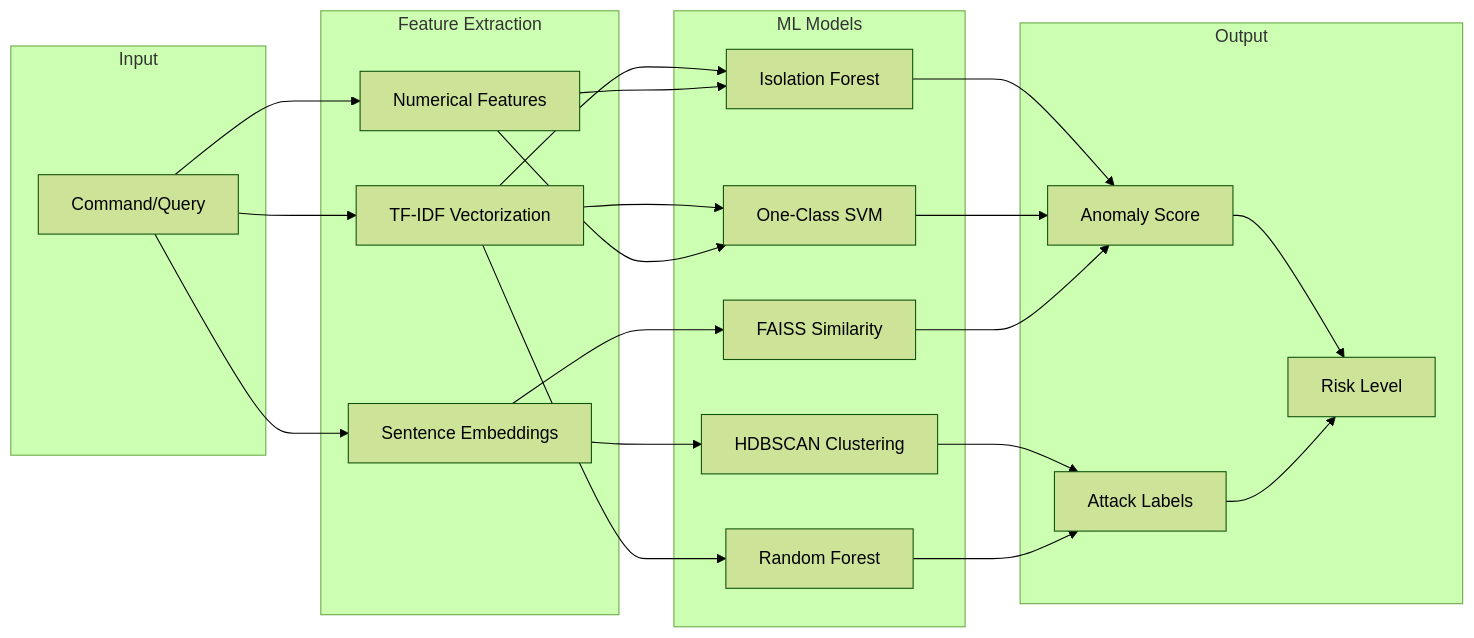
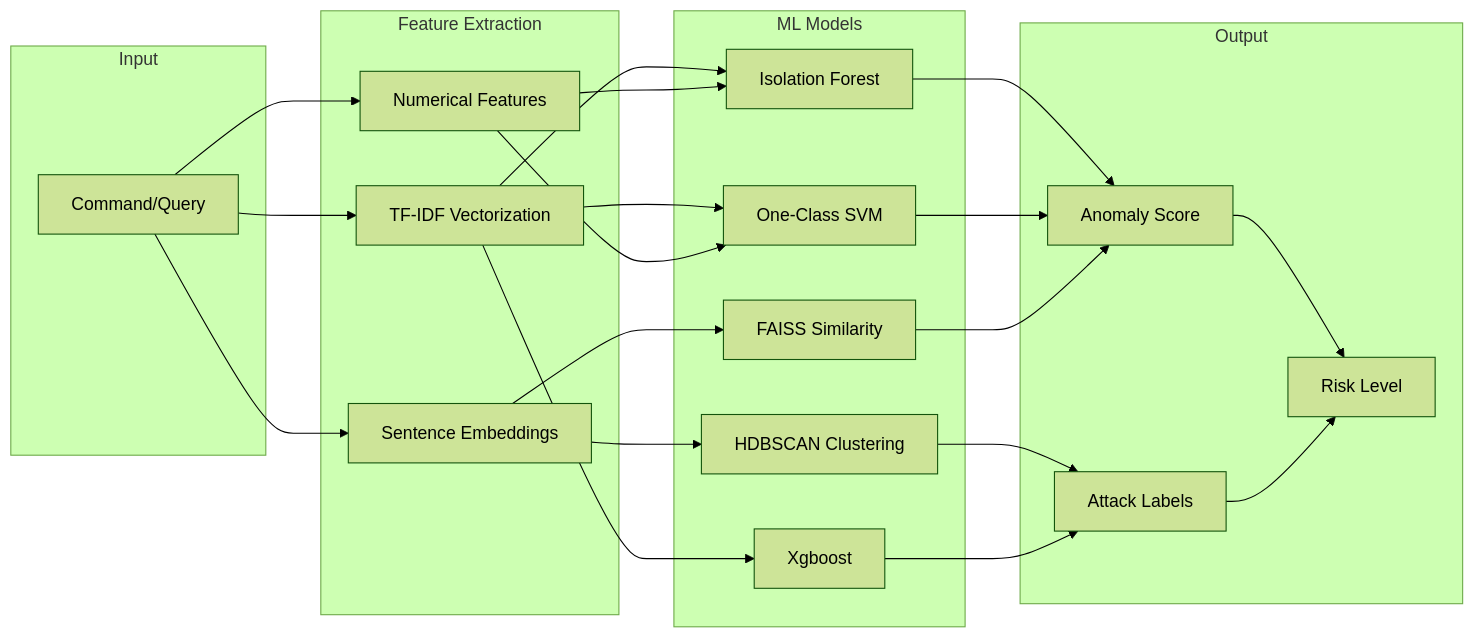
Before and after one commit to PROFFARO/nexus: the third of 5 diagrams in README.md, drawn with Mermaid (forest theme). The commit also changed other lines of this file, not shown here.

````diff
--- a/README.md
+++ b/README.md
@@ -254,47 +254,47 @@
 ```mermaid
 graph LR
     subgraph Input
         CMD[Command/Query]
     end
     
     subgraph Feature["Feature Extraction"]
         TF[TF-IDF Vectorization]
         NUM[Numerical Features]
         EMB[Sentence Embeddings]
     end
     
     subgraph Models["ML Models"]
         IF[Isolation Forest]
         SVM[One-Class SVM]
         HDB[HDBSCAN Clustering]
-        RF[Random Forest]
+        RF[Xgboost]
         FAISS[FAISS Similarity]
     end
     
     subgraph Output
         SCORE[Anomaly Score]
         LABEL[Attack Labels]
         RISK[Risk Level]
     end
     
     CMD --> TF
     CMD --> NUM
     CMD --> EMB
     
     TF --> IF
     TF --> SVM
     NUM --> IF
     NUM --> SVM
     EMB --> HDB
     EMB --> FAISS
     TF --> RF
     
     IF --> SCORE
     SVM --> SCORE
     HDB --> LABEL
     FAISS --> SCORE
     RF --> LABEL
     
     SCORE --> RISK
     LABEL --> RISK
 ```
````
